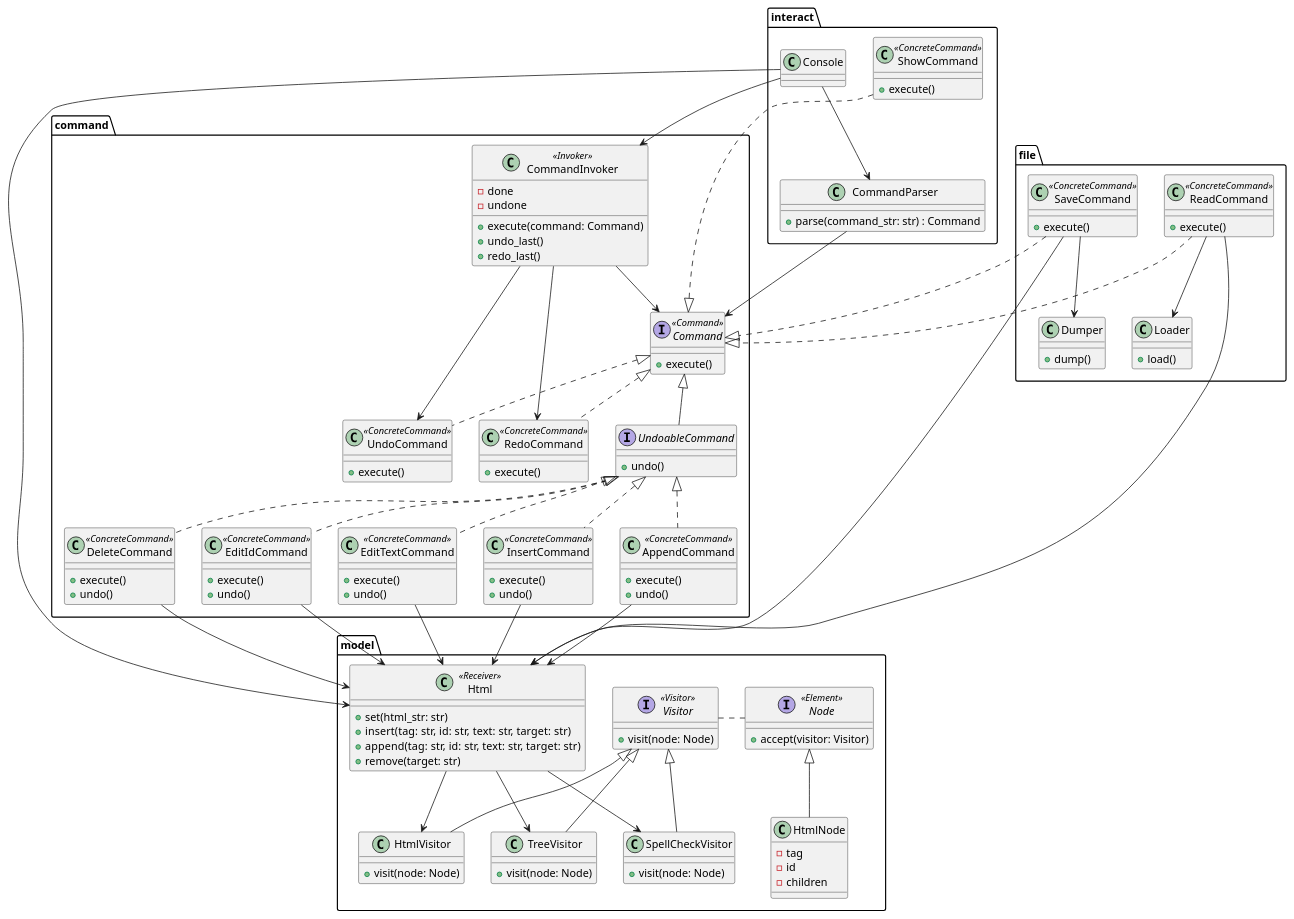
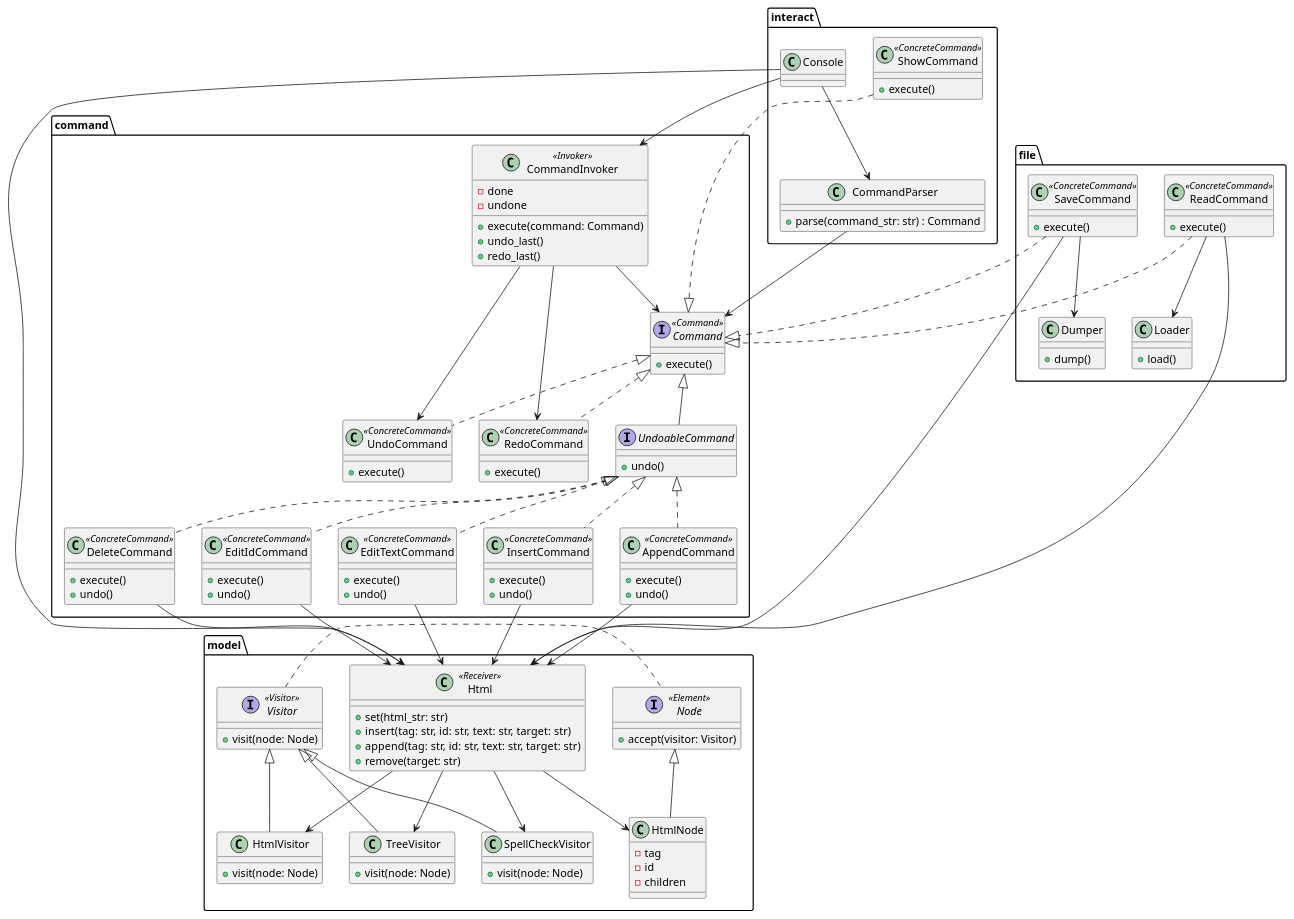
The first of 3 diagrams in README.md (NekoYellow/html-editor), drawn with PlantUML before and after one commit.

```diff
--- a/README.md
+++ b/README.md
@@ -132,6 +132,7 @@
         +visit(node: Node)
     }
 
+    Html --> HtmlNode
     Html --> HtmlVisitor
     Html --> TreeVisitor
     Html --> SpellCheckVisitor
```
